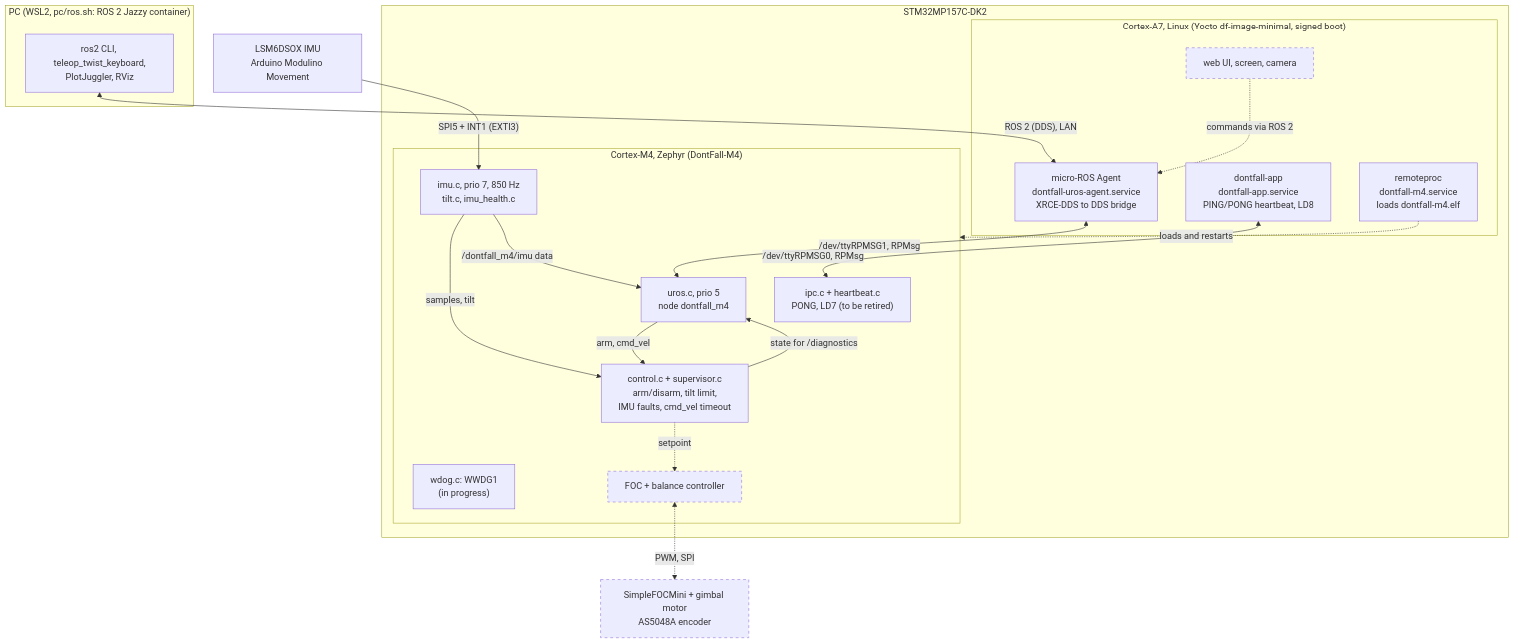
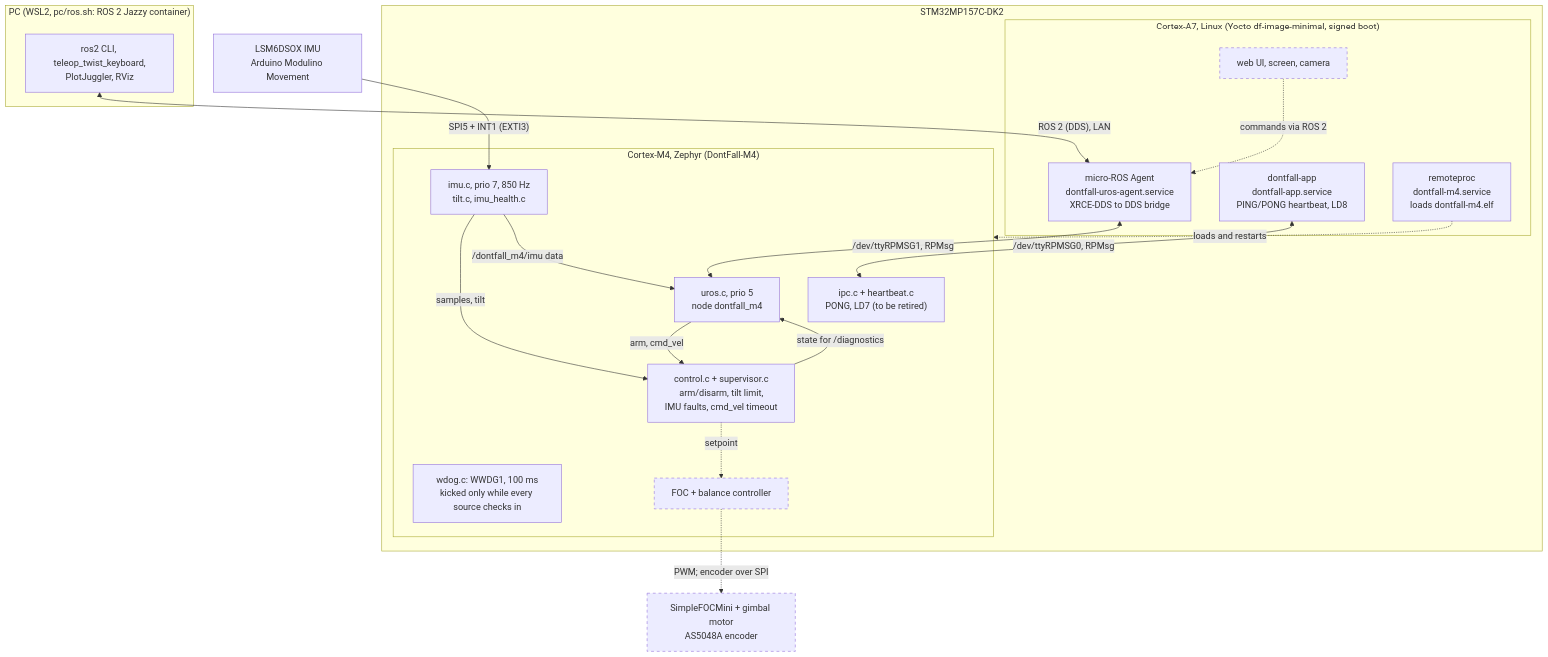
The diagram in docs/architecture.md (LauriAlanen/DontFall), drawn with Mermaid before and after one commit.

Commit message:
architecture: watchdog done, simpler motor edge

````diff
--- a/docs/architecture.md
+++ b/docs/architecture.md
@@ -13,42 +13,42 @@
 ```mermaid
 flowchart TB
     subgraph PC["PC (WSL2, pc/ros.sh: ROS 2 Jazzy container)"]
         tools["ros2 CLI, teleop_twist_keyboard,<br/>PlotJuggler, RViz"]
     end
 
     subgraph BOARD["STM32MP157C-DK2"]
         subgraph A7["Cortex-A7, Linux (Yocto df-image-minimal, signed boot)"]
             agent["micro-ROS Agent<br/>dontfall-uros-agent.service<br/>XRCE-DDS to DDS bridge"]
             app["dontfall-app<br/>dontfall-app.service<br/>PING/PONG heartbeat, LD8"]
             rproc["remoteproc<br/>dontfall-m4.service<br/>loads dontfall-m4.elf"]
             web["web UI, screen, camera"]:::planned
         end
 
         subgraph M4["Cortex-M4, Zephyr (DontFall-M4)"]
             uros["uros.c, prio 5<br/>node dontfall_m4"]
             hb["ipc.c + heartbeat.c<br/>PONG, LD7 (to be retired)"]
             ctrl["control.c + supervisor.c<br/>arm/disarm, tilt limit,<br/>IMU faults, cmd_vel timeout"]
             imu["imu.c, prio 7, 850 Hz<br/>tilt.c, imu_health.c"]
-            wdog["wdog.c: WWDG1<br/>(in progress)"]
+            wdog["wdog.c: WWDG1, 100 ms<br/>kicked only while every source checks in"]
             foc["FOC + balance controller"]:::planned
         end
     end
 
     sensor["LSM6DSOX IMU<br/>Arduino Modulino Movement"]
     motor["SimpleFOCMini + gimbal motor<br/>AS5048A encoder"]:::planned
 
     tools <-->|"ROS 2 (DDS), LAN"| agent
     agent <-->|"/dev/ttyRPMSG1, RPMsg"| uros
     app <-->|"/dev/ttyRPMSG0, RPMsg"| hb
     rproc -.->|loads and restarts| M4
     uros -->|"arm, cmd_vel"| ctrl
     ctrl -->|"state for /diagnostics"| uros
     imu -->|"samples, tilt"| ctrl
     imu -->|"/dontfall_m4/imu data"| uros
     sensor -->|"SPI5 + INT1 (EXTI3)"| imu
     ctrl -.->|setpoint| foc
-    foc <-.->|"PWM, SPI"| motor
+    foc -.->|"PWM; encoder over SPI"| motor
     web -.->|"commands via ROS 2"| agent
 
     classDef planned stroke-dasharray: 5 5
 ```
````
